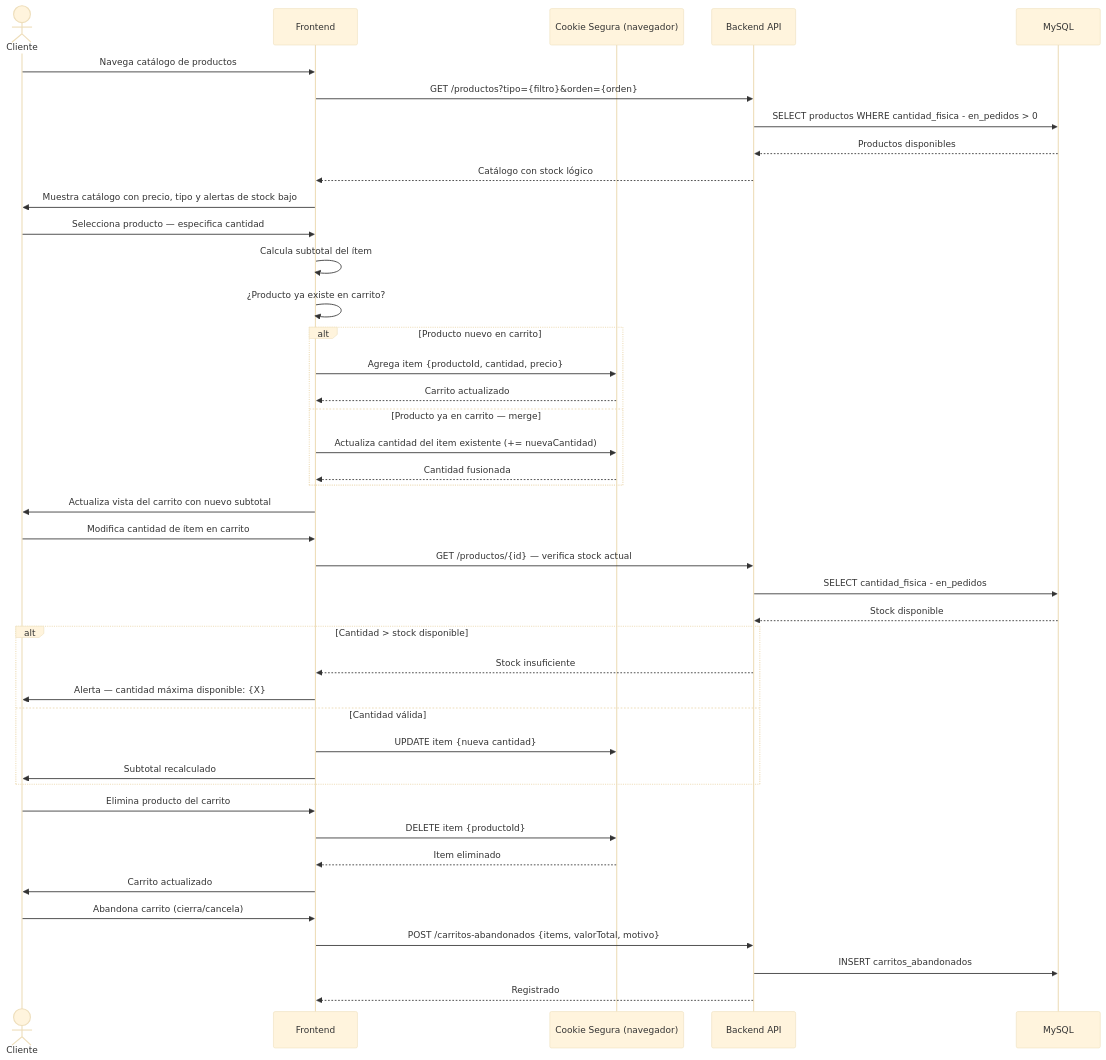
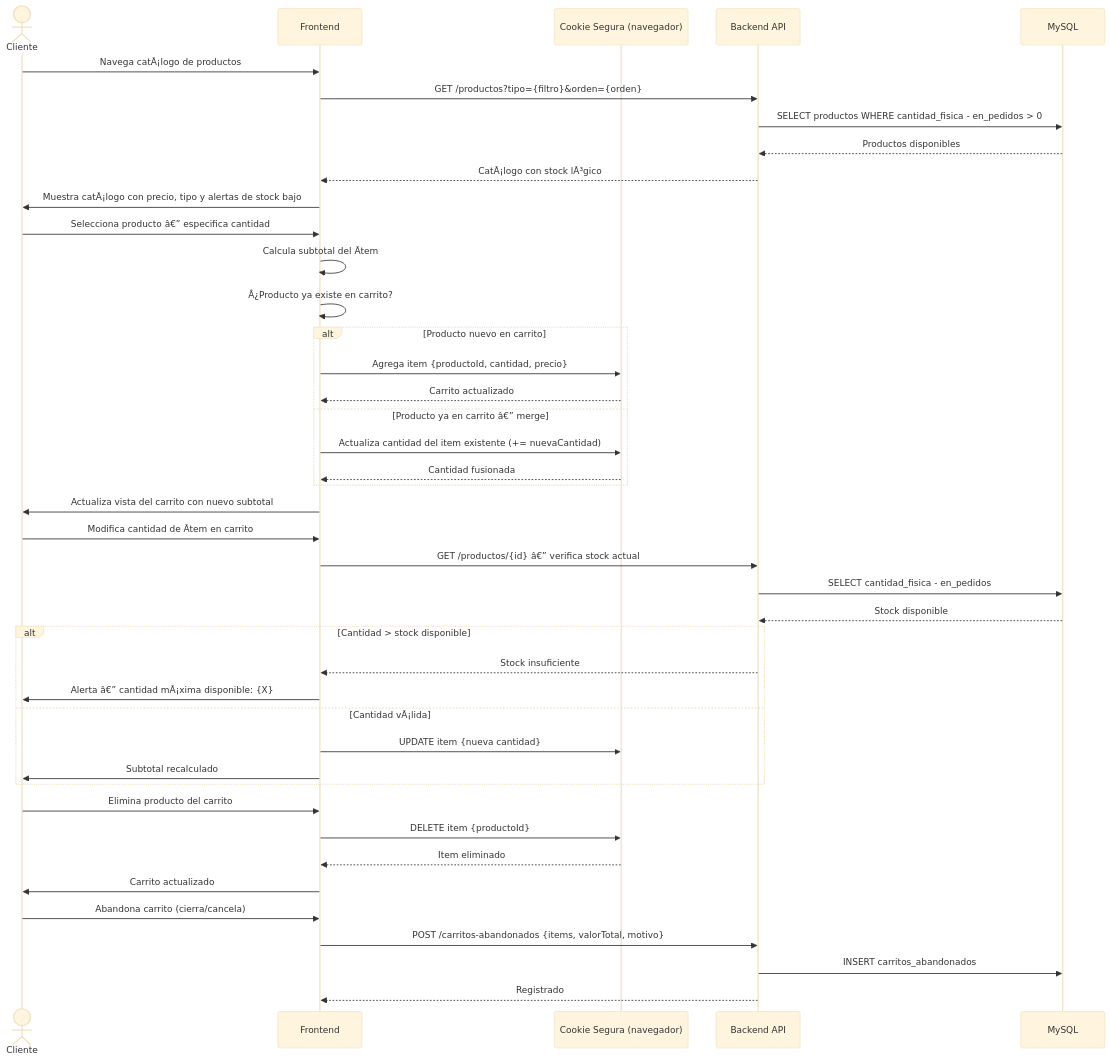
One commit to UNIPI6TO/PI-ECOMMERCE-FRITOLAY changed the ninth of 23 diagrams in docs/especificacion.md. Above: the diagram before and after it, drawn with Mermaid (base theme). The commit also changed other lines of this file, not shown here.

Commit message:
docs: rediseno DFD GCP a arquitectura bajo costo - Cloud Run URL, GitHub Actions, Gmail SMTP, sin LB ni Cloud Armor

````diff
--- a/docs/especificacion.md
+++ b/docs/especificacion.md
@@ -1211,51 +1211,51 @@
 ```mermaid
 sequenceDiagram
     actor Cliente
     participant FE as Frontend
     participant Cookie as Cookie Segura (navegador)
     participant API as Backend API
     participant DB as MySQL
 
-    Cliente->>FE: Navega catálogo de productos
+    Cliente->>FE: Navega catÃ¡logo de productos
     FE->>API: GET /productos?tipo={filtro}&orden={orden}
     API->>DB: SELECT productos WHERE cantidad_fisica - en_pedidos > 0
     DB-->>API: Productos disponibles
-    API-->>FE: Catálogo con stock lógico
-    FE->>Cliente: Muestra catálogo con precio, tipo y alertas de stock bajo
+    API-->>FE: CatÃ¡logo con stock lÃ³gico
+    FE->>Cliente: Muestra catÃ¡logo con precio, tipo y alertas de stock bajo
 
-    Cliente->>FE: Selecciona producto — especifica cantidad
-    FE->>FE: Calcula subtotal del ítem
-    FE->>FE: ¿Producto ya existe en carrito?
+    Cliente->>FE: Selecciona producto â€” especifica cantidad
+    FE->>FE: Calcula subtotal del Ã­tem
+    FE->>FE: Â¿Producto ya existe en carrito?
 
     alt Producto nuevo en carrito
         FE->>Cookie: Agrega item {productoId, cantidad, precio}
         Cookie-->>FE: Carrito actualizado
-    else Producto ya en carrito — merge
+    else Producto ya en carrito â€” merge
         FE->>Cookie: Actualiza cantidad del item existente (+= nuevaCantidad)
         Cookie-->>FE: Cantidad fusionada
     end
 
     FE->>Cliente: Actualiza vista del carrito con nuevo subtotal
 
-    Cliente->>FE: Modifica cantidad de ítem en carrito
-    FE->>API: GET /productos/{id} — verifica stock actual
+    Cliente->>FE: Modifica cantidad de Ã­tem en carrito
+    FE->>API: GET /productos/{id} â€” verifica stock actual
     API->>DB: SELECT cantidad_fisica - en_pedidos
     DB-->>API: Stock disponible
     alt Cantidad > stock disponible
         API-->>FE: Stock insuficiente
-        FE->>Cliente: Alerta — cantidad máxima disponible: {X}
-    else Cantidad válida
+        FE->>Cliente: Alerta â€” cantidad mÃ¡xima disponible: {X}
+    else Cantidad vÃ¡lida
         FE->>Cookie: UPDATE item {nueva cantidad}
         FE->>Cliente: Subtotal recalculado
     end
 
     Cliente->>FE: Elimina producto del carrito
     FE->>Cookie: DELETE item {productoId}
     Cookie-->>FE: Item eliminado
     FE->>Cliente: Carrito actualizado
 
     Cliente->>FE: Abandona carrito (cierra/cancela)
     FE->>API: POST /carritos-abandonados {items, valorTotal, motivo}
     API->>DB: INSERT carritos_abandonados
     API-->>FE: Registrado
 ```
````
